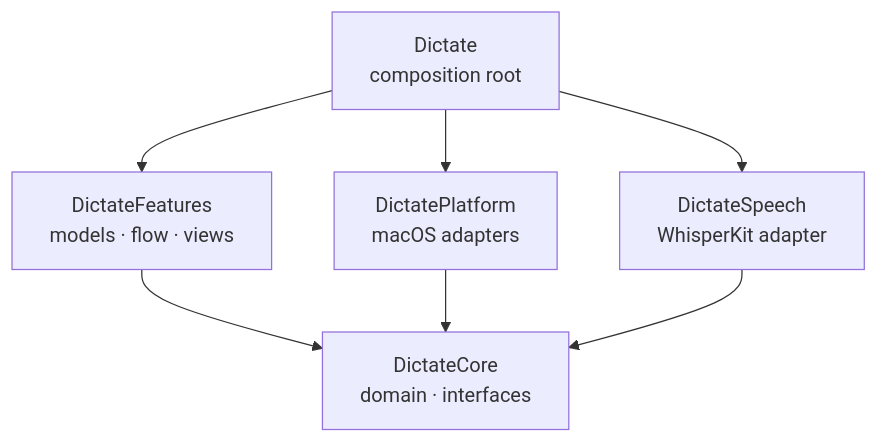
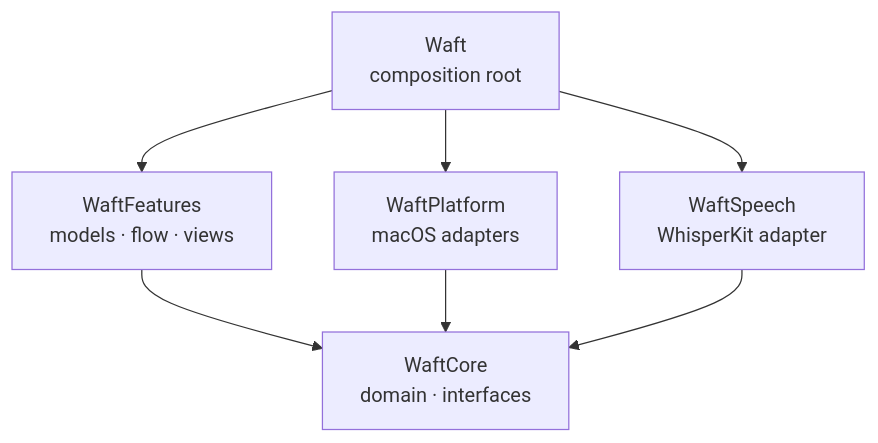
Before and after one commit to okoflow/dictate: the first of 2 diagrams in docs/architecture.md, drawn with Mermaid. The commit also changed other lines of this file and 358 other files, not shown here.

````diff
--- a/docs/architecture.md
+++ b/docs/architecture.md
@@ -10,9 +10,9 @@
 ```mermaid
 flowchart TD
-  dictate[Dictate<br/>composition root] --> features[DictateFeatures<br/>models · flow · views]
-  dictate --> platform[DictatePlatform<br/>macOS adapters]
-  dictate --> speech[DictateSpeech<br/>WhisperKit adapter]
-  features --> core[DictateCore<br/>domain · interfaces]
+  waft[Waft<br/>composition root] --> features[WaftFeatures<br/>models · flow · views]
+  waft --> platform[WaftPlatform<br/>macOS adapters]
+  waft --> speech[WaftSpeech<br/>WhisperKit adapter]
+  features --> core[WaftCore<br/>domain · interfaces]
   platform --> core
   speech --> core
 ```
````
